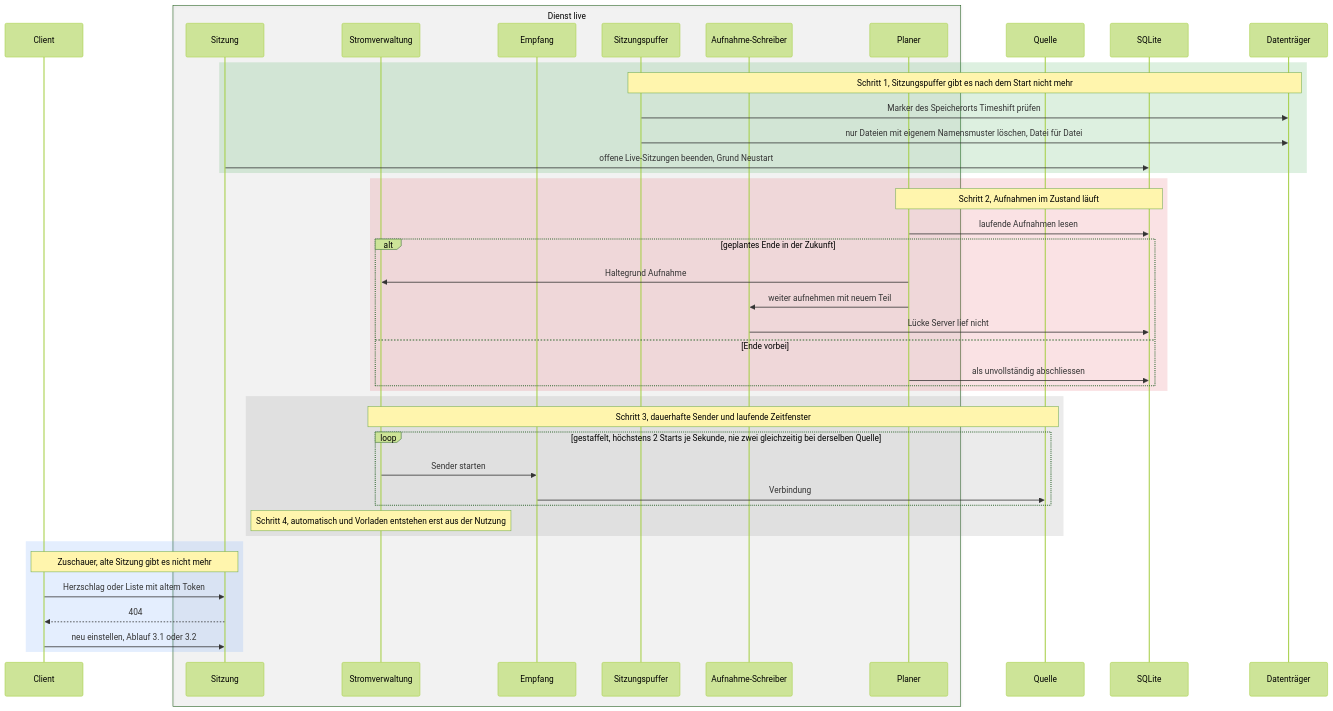
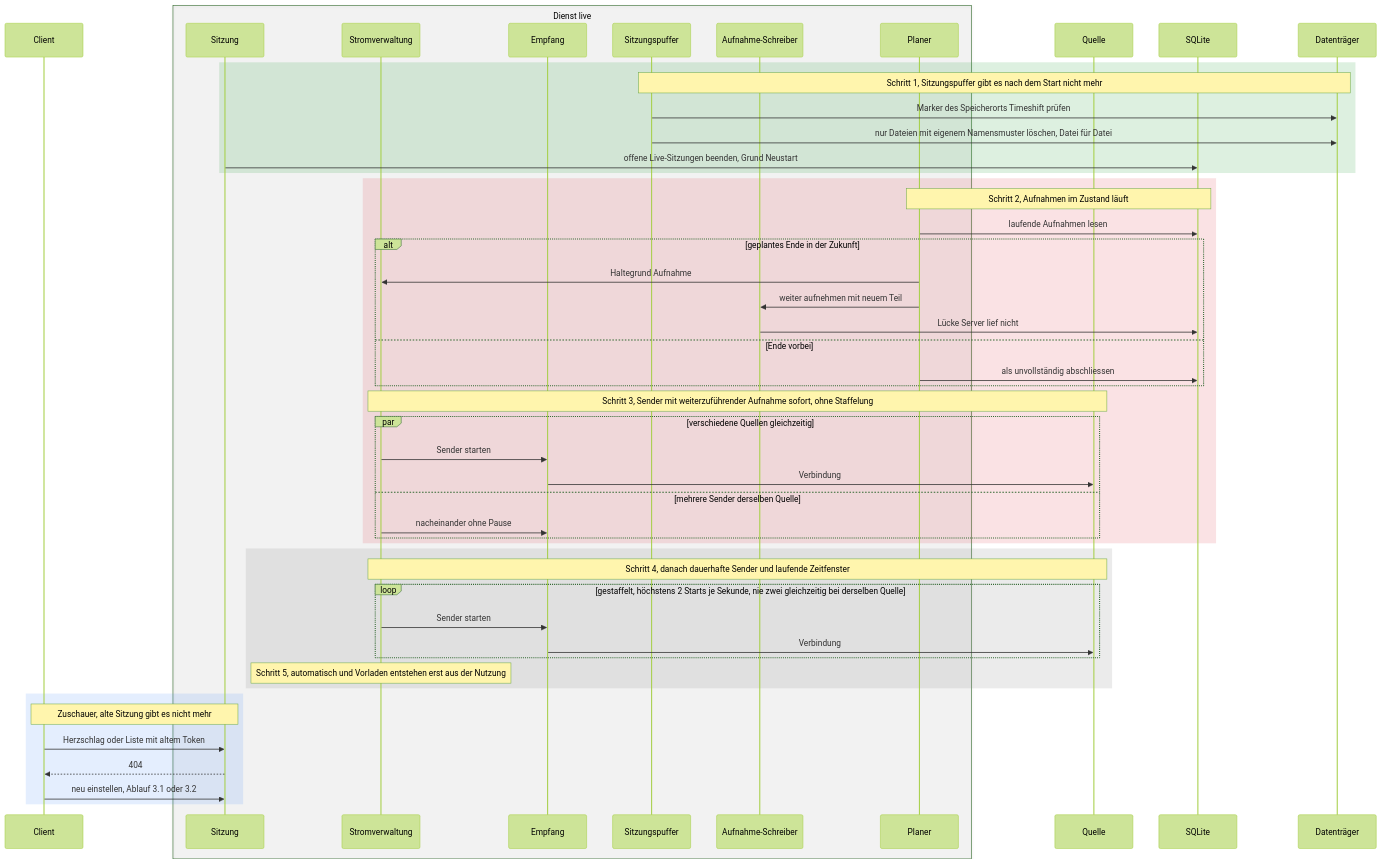
Diagram 13 of 22 in docs/planning/28-live-tv/06-ablaeufe.md (SlouchCat/slouchcat), drawn with Mermaid (forest theme) before and after one commit. The commit also changed other lines of this file, not shown here.

Commit message:
docs(planning): concept 28 live TV, flows after consolidation 1

````diff
--- a/docs/planning/28-live-tv/06-ablaeufe.md
+++ b/docs/planning/28-live-tv/06-ablaeufe.md
@@ -953,47 +1002,54 @@
 ```mermaid
 sequenceDiagram
   participant CL as Client
   box rgba(128,128,128,0.08) Dienst live
     participant SES as Sitzung
     participant STR as Stromverwaltung
     participant EMP as Empfang
     participant SP as Sitzungspuffer
     participant AUF as Aufnahme-Schreiber
     participant PL as Planer
   end
   participant Q as Quelle
   participant DB as SQLite
   participant DSK as Datenträger
 
   rect rgba(46,160,67,0.16)
     Note over SP,DSK: Schritt 1, Sitzungspuffer gibt es nach dem Start nicht mehr
     SP->>DSK: Marker des Speicherorts Timeshift prüfen
     SP->>DSK: nur Dateien mit eigenem Namensmuster löschen, Datei für Datei
     SES->>DB: offene Live-Sitzungen beenden, Grund Neustart
   end
   rect rgba(220,53,69,0.14)
     Note over PL,DB: Schritt 2, Aufnahmen im Zustand läuft
     PL->>DB: laufende Aufnahmen lesen
     alt geplantes Ende in der Zukunft
       PL->>STR: Haltegrund Aufnahme
       PL->>AUF: weiter aufnehmen mit neuem Teil
       AUF->>DB: Lücke Server lief nicht
     else Ende vorbei
       PL->>DB: als unvollständig abschliessen
     end
+    Note over STR,Q: Schritt 3, Sender mit weiterzuführender Aufnahme sofort, ohne Staffelung
+    par verschiedene Quellen gleichzeitig
+      STR->>EMP: Sender starten
+      EMP->>Q: Verbindung
+    and mehrere Sender derselben Quelle
+      STR->>EMP: nacheinander ohne Pause
+    end
   end
   rect rgba(128,128,128,0.16)
-    Note over STR,Q: Schritt 3, dauerhafte Sender und laufende Zeitfenster
+    Note over STR,Q: Schritt 4, danach dauerhafte Sender und laufende Zeitfenster
     loop gestaffelt, höchstens 2 Starts je Sekunde, nie zwei gleichzeitig bei derselben Quelle
       STR->>EMP: Sender starten
       EMP->>Q: Verbindung
     end
-    Note over STR: Schritt 4, automatisch und Vorladen entstehen erst aus der Nutzung
+    Note over STR: Schritt 5, automatisch und Vorladen entstehen erst aus der Nutzung
   end
   rect rgba(66,135,245,0.14)
     Note over CL,SES: Zuschauer, alte Sitzung gibt es nicht mehr
     CL->>SES: Herzschlag oder Liste mit altem Token
     SES-->>CL: 404
     CL->>SES: neu einstellen, Ablauf 3.1 oder 3.2
   end
 ```
````
